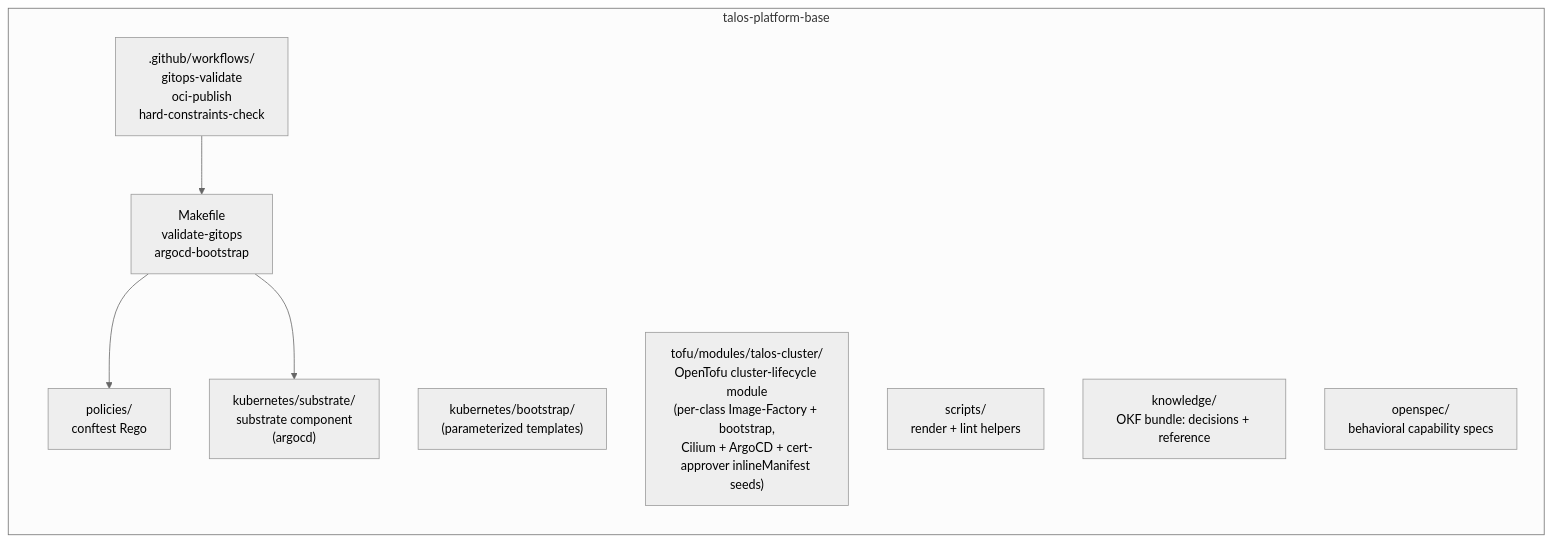
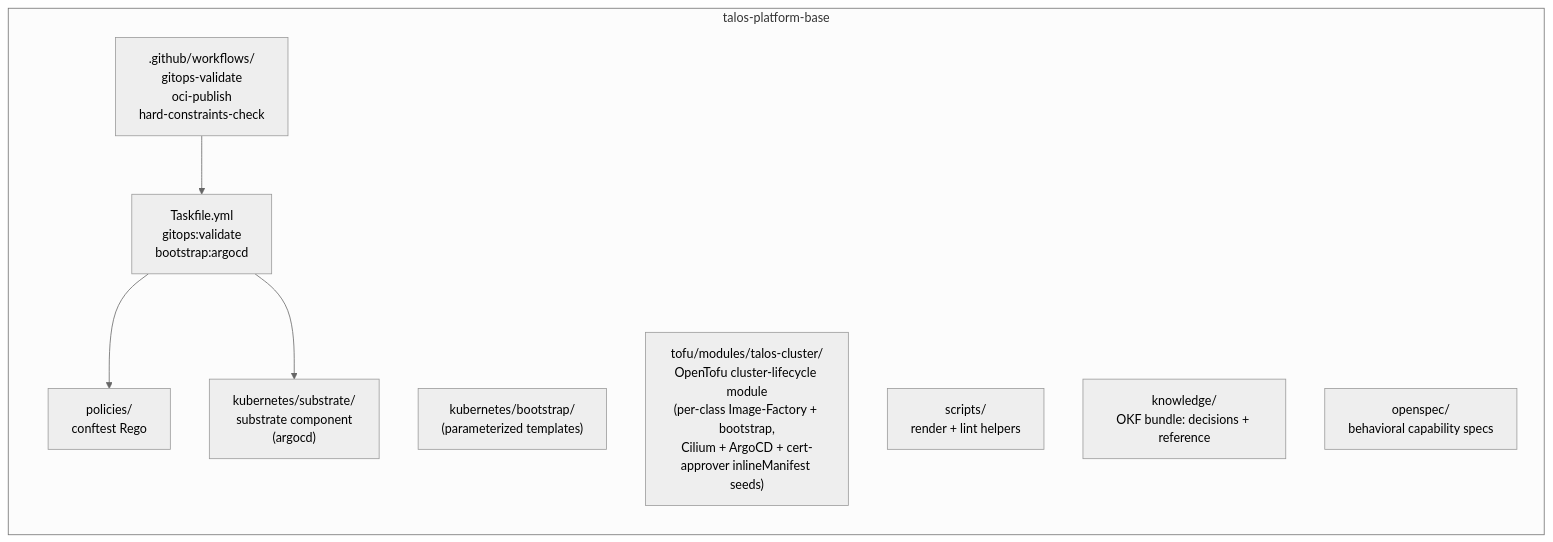
One commit to Nosmoht/talos-platform-base changed the second of 3 diagrams in ARCHITECTURE.md. Above: the diagram before and after it, drawn with Mermaid. The commit also changed other lines of this file and 3 other files, not shown here.

````diff
--- a/ARCHITECTURE.md
+++ b/ARCHITECTURE.md
@@ -142,20 +142,20 @@
 ```mermaid
 %%{init: { "theme": "neutral" } }%%
 flowchart LR
   subgraph Base["talos-platform-base"]
     direction TB
-    Make[Makefile<br/>validate-gitops<br/>argocd-bootstrap]
+    Task["Taskfile.yml<br/>gitops:validate<br/>bootstrap:argocd"]
     Boot["kubernetes/bootstrap/<br/>(parameterized templates)"]
     Infra["kubernetes/substrate/<br/>substrate component<br/>(argocd)"]
     Talos["tofu/modules/talos-cluster/<br/>OpenTofu cluster-lifecycle module<br/>(per-class Image-Factory + bootstrap,<br/>Cilium + ArgoCD + cert-approver inlineManifest seeds)"]
     Pol["policies/<br/>conftest Rego"]
     Scripts["scripts/<br/>render + lint helpers"]
     Docs["knowledge/<br/>OKF bundle: decisions + reference"]
     Specs["openspec/<br/>behavioral capability specs"]
     CI[".github/workflows/<br/>gitops-validate<br/>oci-publish<br/>hard-constraints-check"]
 
-    Make --> Pol
-    Make --> Infra
-    CI --> Make
+    Task --> Pol
+    Task --> Infra
+    CI --> Task
   end
 ```
````
